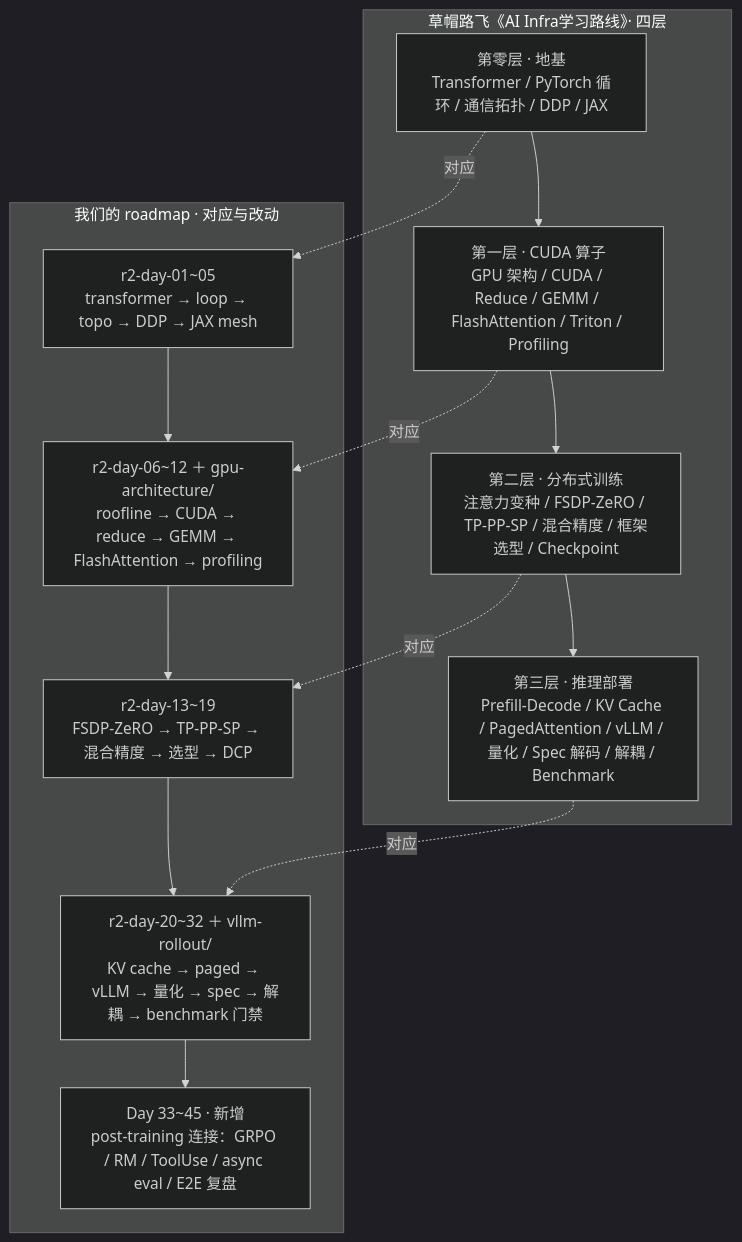
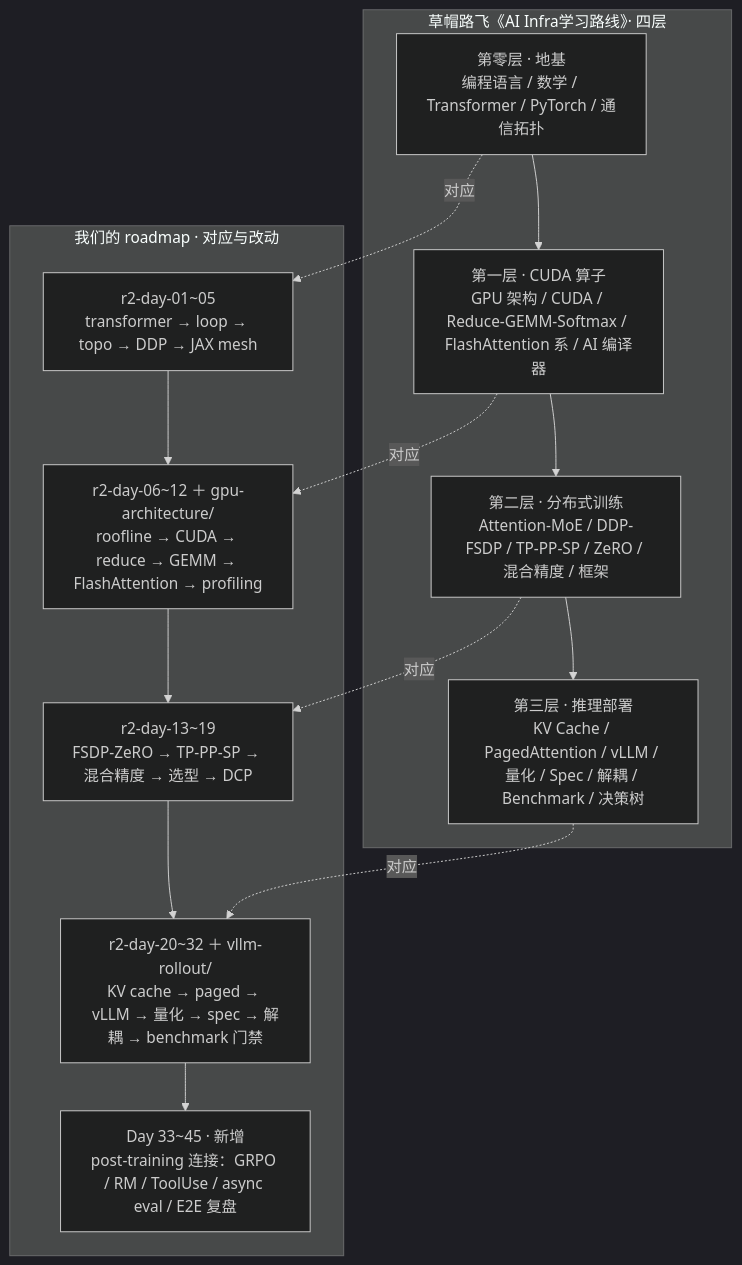
Before and after one commit to Papa-Panda/post-training: the diagram in ai-infra/README.md, drawn with Mermaid (dark theme). The commit also changed other lines of this file, not shown here.

````diff
--- a/ai-infra/README.md
+++ b/ai-infra/README.md
@@ -46,22 +46,22 @@
 ```mermaid
 graph TD
     subgraph article["草帽路飞《AI Infra学习路线》· 四层"]
-        A0["第零层 · 地基<br/>Transformer / PyTorch 循环 / 通信拓扑 / DDP / JAX"]
-        A1["第一层 · CUDA 算子<br/>GPU 架构 / CUDA / Reduce / GEMM / FlashAttention / Triton / Profiling"]
-        A2["第二层 · 分布式训练<br/>注意力变种 / FSDP-ZeRO / TP-PP-SP / 混合精度 / 框架选型 / Checkpoint"]
-        A3["第三层 · 推理部署<br/>Prefill-Decode / KV Cache / PagedAttention / vLLM / 量化 / Spec 解码 / 解耦 / Benchmark"]
+        A0["第零层 · 地基<br/>编程语言 / 数学 / Transformer / PyTorch / 通信拓扑"]
+        A1["第一层 · CUDA 算子<br/>GPU 架构 / CUDA / Reduce-GEMM-Softmax / FlashAttention 系 / AI 编译器"]
+        A2["第二层 · 分布式训练<br/>Attention-MoE / DDP-FSDP / TP-PP-SP / ZeRO / 混合精度 / 框架"]
+        A3["第三层 · 推理部署<br/>KV Cache / PagedAttention / vLLM / 量化 / Spec / 解耦 / Benchmark / 决策树"]
         A0 --> A1 --> A2 --> A3
     end
     subgraph ours["我们的 roadmap · 对应与改动"]
         R0["r2-day-01~05<br/>transformer → loop → topo → DDP → JAX mesh"]
         R1["r2-day-06~12 ＋ gpu-architecture/<br/>roofline → CUDA → reduce → GEMM → FlashAttention → profiling"]
         R2["r2-day-13~19<br/>FSDP-ZeRO → TP-PP-SP → 混合精度 → 选型 → DCP"]
         R3["r2-day-20~32 ＋ vllm-rollout/<br/>KV cache → paged → vLLM → 量化 → spec → 解耦 → benchmark 门禁"]
         R4["Day 33~45 · 新增<br/>post-training 连接：GRPO / RM / ToolUse / async eval / E2E 复盘"]
         R0 --> R1 --> R2 --> R3 --> R4
     end
     A0 -. 对应 .-> R0
     A1 -. 对应 .-> R1
     A2 -. 对应 .-> R2
     A3 -. 对应 .-> R3
 ```
````
